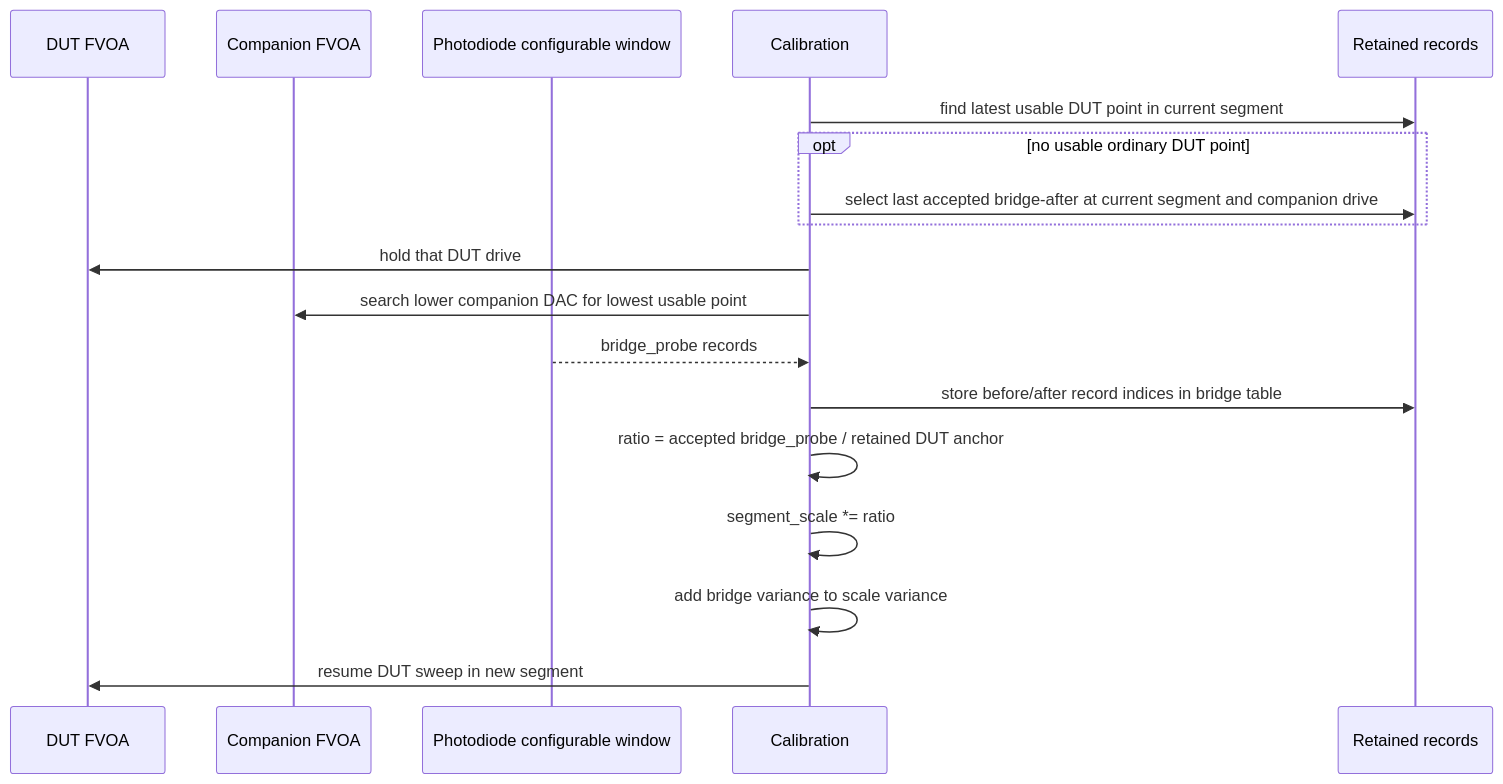
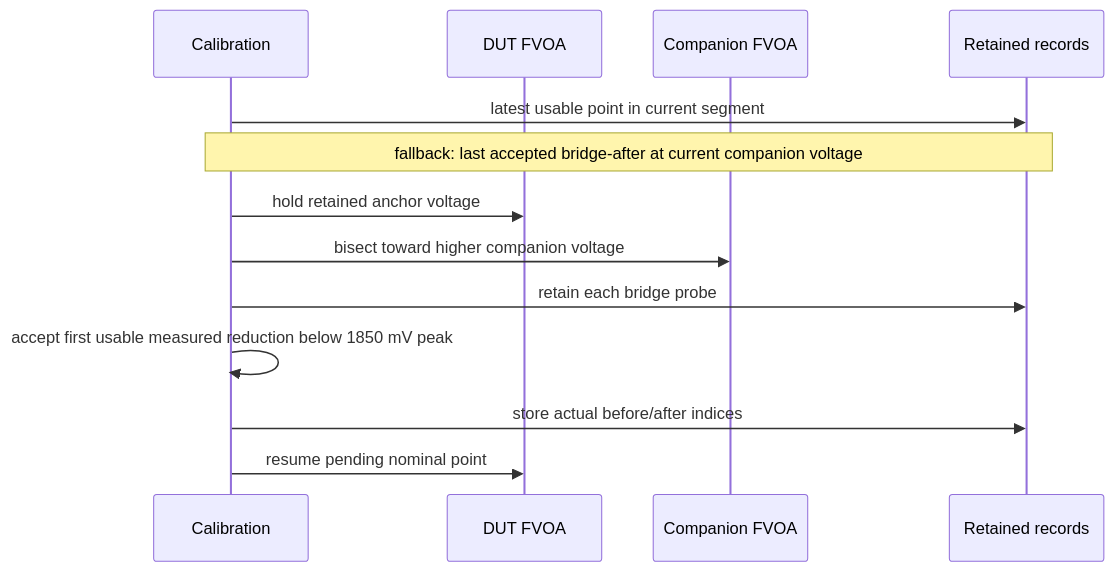
One commit to COO-Utilities/hispec-tib changed the fifth of 7 diagrams in doc/attenuator_calibration.md. Above: the diagram before and after it, drawn with Mermaid. The commit also changed other lines of this file and 6 other files, not shown here.

Commit message:
Reconcile calibration documentation and record OTA bench verification

````diff
--- a/doc/attenuator_calibration.md
+++ b/doc/attenuator_calibration.md
@@ -218,21 +195,15 @@
 ```mermaid
 sequenceDiagram
+  participant Cal as Calibration
   participant DUT as DUT FVOA
   participant Other as Companion FVOA
-  participant PD as Photodiode configurable window
-  participant Cal as Calibration
   participant Rec as Retained records
-
-  Cal->>Rec: find latest usable DUT point in current segment
-  opt no usable ordinary DUT point
-    Cal->>Rec: select last accepted bridge-after at current segment and companion drive
-  end
-  Cal->>DUT: hold that DUT drive
-  Cal->>Other: search lower companion DAC for lowest usable point
-  PD-->>Cal: bridge_probe records
-  Cal->>Rec: store before/after record indices in bridge table
-  Cal->>Cal: ratio = accepted bridge_probe / retained DUT anchor
-  Cal->>Cal: segment_scale *= ratio
-  Cal->>Cal: add bridge variance to scale variance
-  Cal->>DUT: resume DUT sweep in new segment
+  Cal->>Rec: latest usable point in current segment
+  Note over Cal,Rec: fallback: last accepted bridge-after at current companion voltage
+  Cal->>DUT: hold retained anchor voltage
+  Cal->>Other: bisect toward higher companion voltage
+  Cal->>Rec: retain each bridge probe
+  Cal->>Cal: accept first usable measured reduction below 1850 mV peak
+  Cal->>Rec: store actual before/after indices
+  Cal->>DUT: resume pending nominal point
 ```
````
